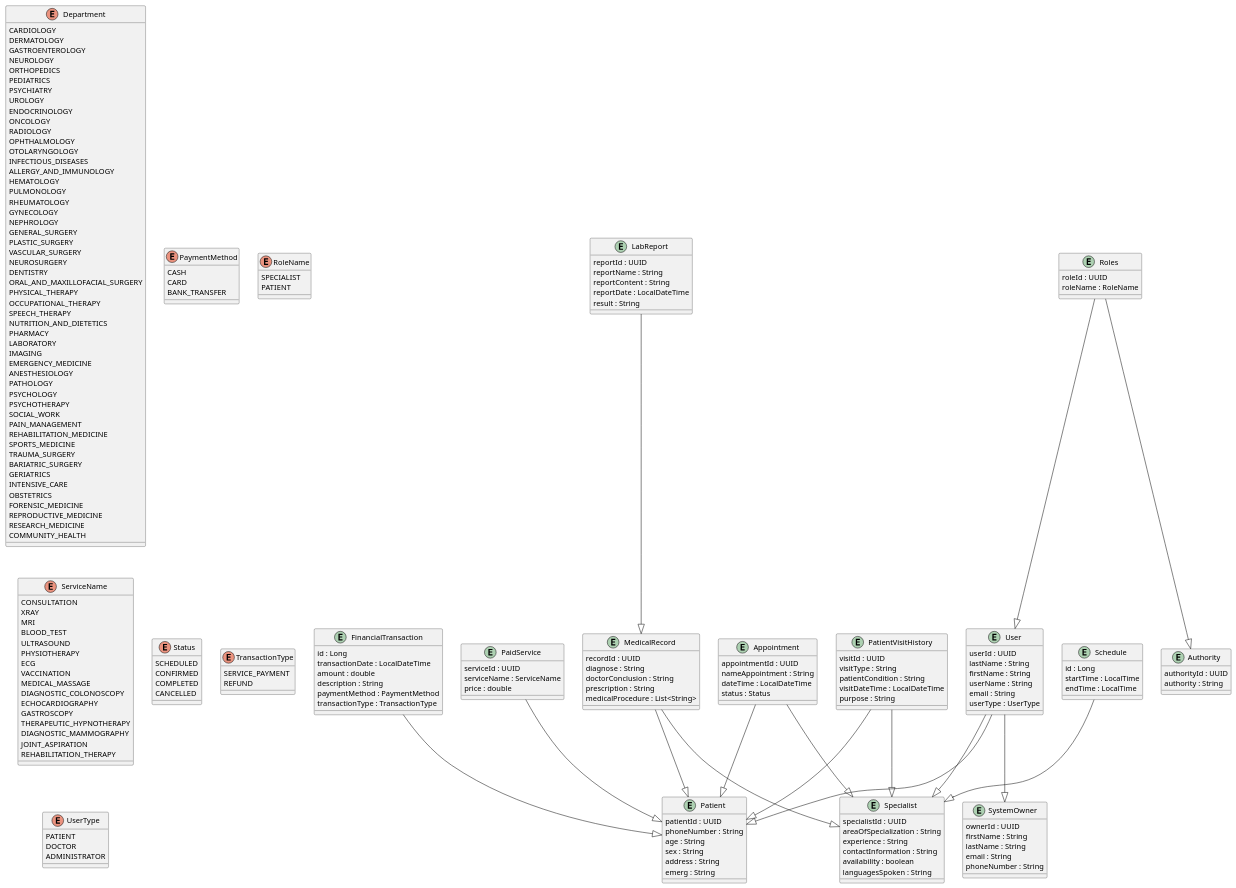
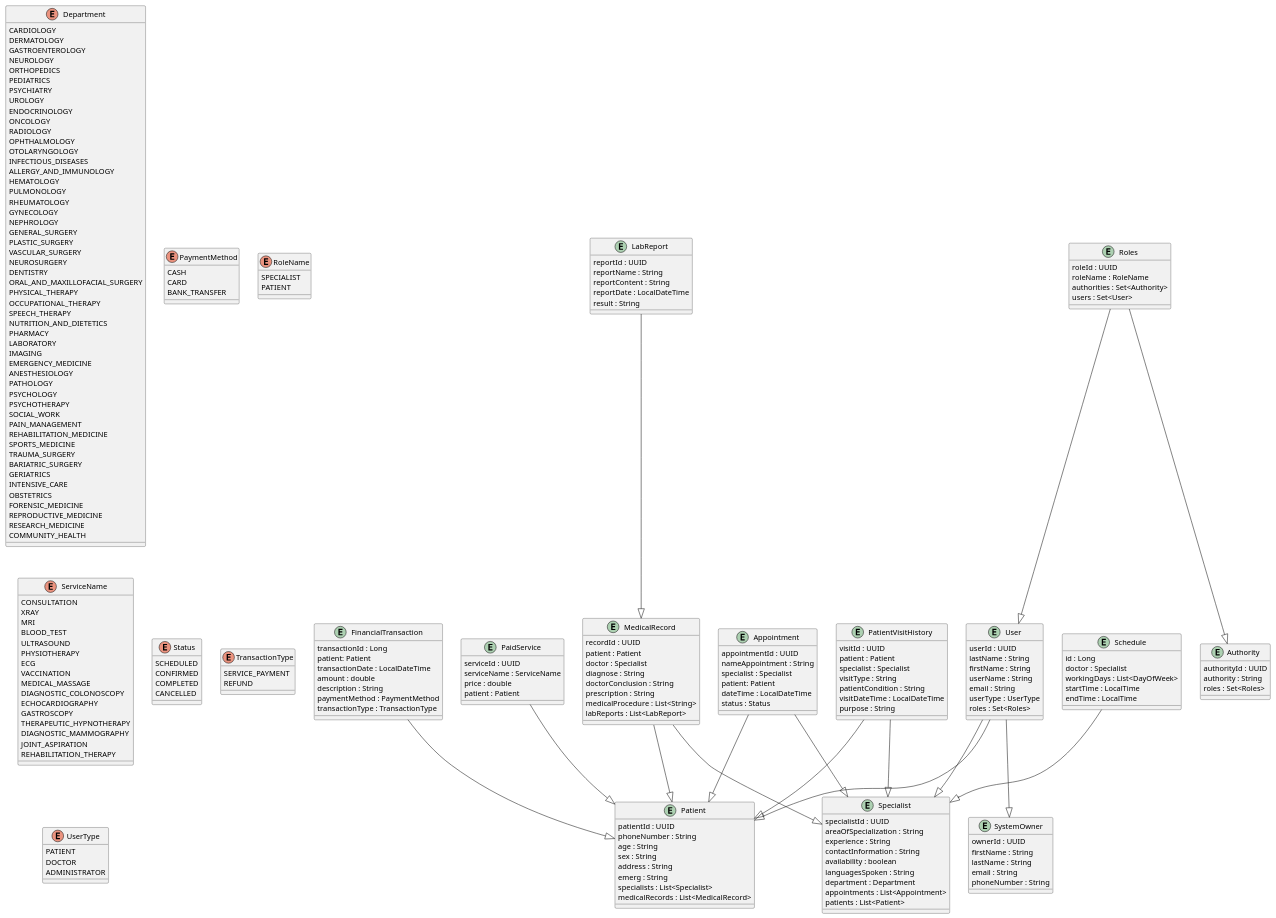
Before and after one commit to Natallia9/ClinicService: the diagram in clinicservice.puml, drawn with PlantUML. The commit also changed 14 other files, not shown here.

```diff
--- a/clinicservice.puml
+++ b/clinicservice.puml
@@ -105,6 +105,8 @@
 entity Appointment {
     appointmentId : UUID
     nameAppointment : String
+    specialist : Specialist
+    patient: Patient
     dateTime : LocalDateTime
     status : Status
 }
@@ -112,10 +114,12 @@
 entity Authority {
     authorityId : UUID
     authority : String
+    roles : Set<Roles>
 }
 
 entity FinancialTransaction {
-    id : Long
+    transactionId : Long
+    patient: Patient
     transactionDate : LocalDateTime
     amount : double
     description : String
@@ -133,16 +137,20 @@
 
 entity MedicalRecord {
     recordId : UUID
+    patient : Patient
+    doctor : Specialist
     diagnose : String
     doctorConclusion : String
     prescription : String
     medicalProcedure : List<String>
+    labReports : List<LabReport>
 }
 
 entity PaidService {
     serviceId : UUID
     serviceName : ServiceName
     price : double
+    patient : Patient
 }
 
 entity Patient {
@@ -152,23 +160,32 @@
     sex : String
     address : String
     emerg : String
+    specialists : List<Specialist>
+    medicalRecords : List<MedicalRecord>
 }
 
 entity PatientVisitHistory {
     visitId : UUID
+    patient : Patient
+    specialist : Specialist
     visitType : String
     patientCondition : String
     visitDateTime : LocalDateTime
     purpose : String
+
 }
 
 entity Roles {
     roleId : UUID
     roleName : RoleName
+    authorities : Set<Authority>
+    users : Set<User>
 }
 
 entity Schedule {
     id : Long
+    doctor : Specialist
+    workingDays : List<DayOfWeek>
     startTime : LocalTime
     endTime : LocalTime
 }
@@ -180,6 +197,9 @@
     contactInformation : String
     availability : boolean
     languagesSpoken : String
+    department : Department
+    appointments : List<Appointment>
+    patients : List<Patient>
 }
 
 entity SystemOwner {
@@ -197,6 +217,7 @@
     userName : String
     email : String
     userType : UserType
+    roles : Set<Roles>
 }
 
 User --|> Specialist
```
